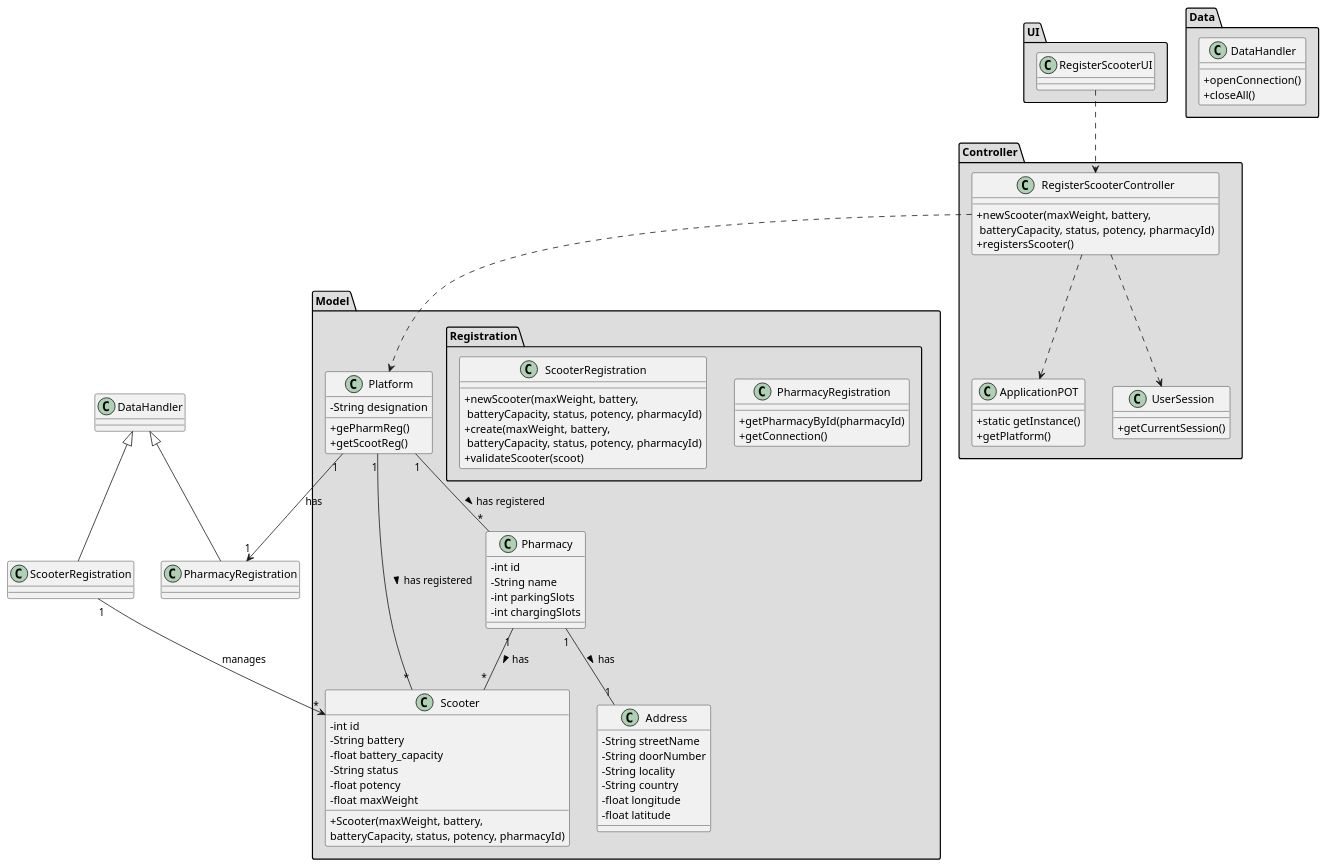
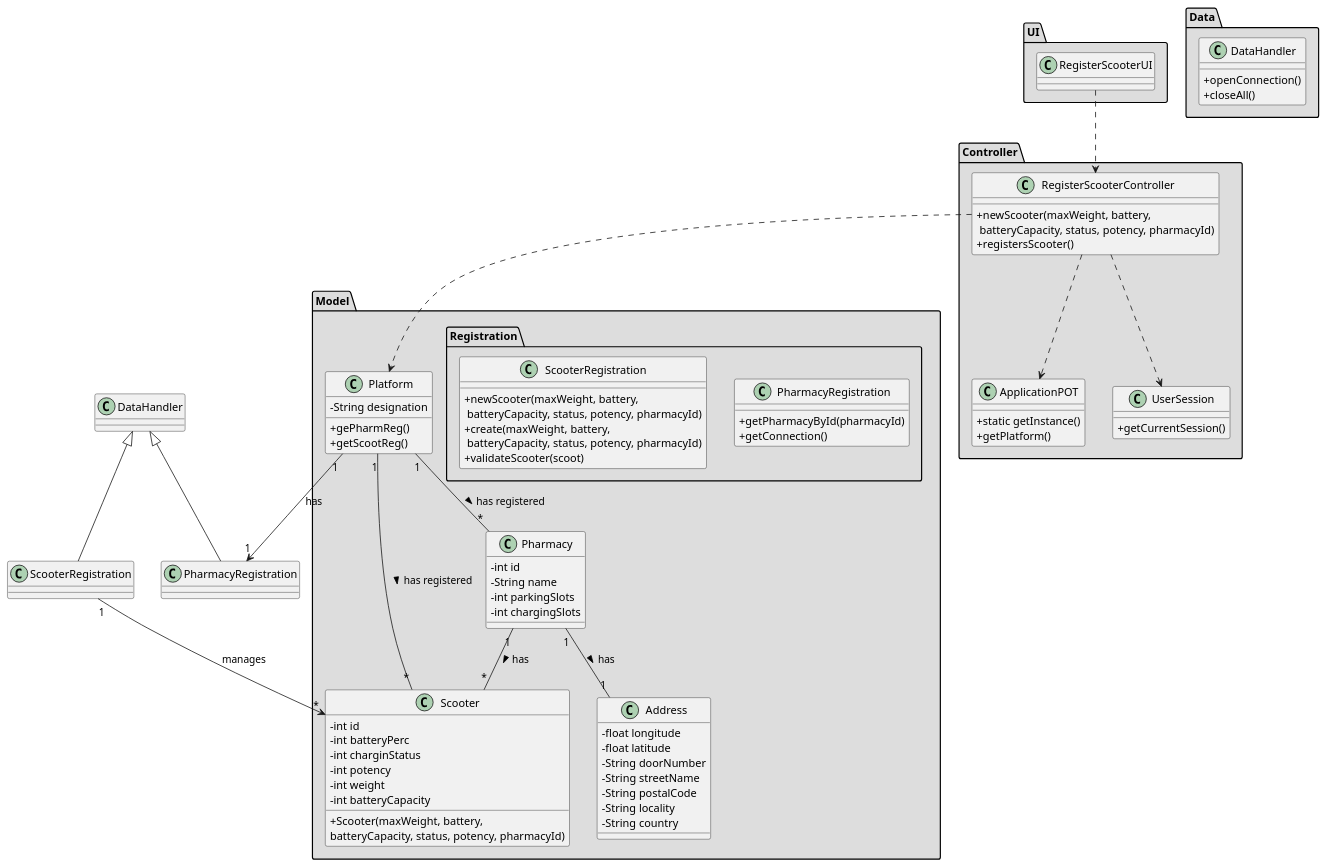
Before and after one commit to tiagoavcosta25/LAPR3: the diagram in docs/Iteration 1/Scooter Management/US21_RegisterScooter/US21_CD.puml, drawn with PlantUML. The commit also changed 3 other files, not shown here.

```diff
--- a/docs/Iteration 1/Scooter Management/US21_RegisterScooter/US21_CD.puml
+++ b/docs/Iteration 1/Scooter Management/US21_RegisterScooter/US21_CD.puml
@@ -1,104 +1,104 @@
 @startuml
 skinparam classAttributeIconSize 0
 
 package "UI" #DDDDDD {
 class RegisterScooterUI{
 
 }
 }
 
 
 package "Controller" #DDDDDD {
 class RegisterScooterController{
 +newScooter(maxWeight, battery,\n batteryCapacity, status, potency, pharmacyId)
 +registersScooter()
 }
 
 class ApplicationPOT
 {
   +static getInstance()
   +getPlatform()
 }
 
 class UserSession
 {
   +getCurrentSession()
 }
 }
 
 
 package "Model" #DDDDDD {
 class Platform {
   -String designation
   +gePharmReg()
   +getScootReg()
 }
 package "Registration" #DDDDDD {
  class PharmacyRegistration{
      +getPharmacyById(pharmacyId)
      +getConnection()
  }
 
  class ScooterRegistration{
       +newScooter(maxWeight, battery,\n batteryCapacity, status, potency, pharmacyId)
       +create(maxWeight, battery,\n batteryCapacity, status, potency, pharmacyId)
       +validateScooter(scoot)
   }
  }
 }
 
 package "Model" #DDDDDD {
 class Scooter{
   -int id
-  -String battery
-  -float battery_capacity
-  -String status
-  -float potency
-  -float maxWeight
+  -int batteryPerc
+  -int charginStatus
+  -int potency
+  -int weight
+  -int batteryCapacity
   +Scooter(maxWeight, battery,\nbatteryCapacity, status, potency, pharmacyId)
-
 }
 
 class Address{
--String streetName
--String doorNumber
--String locality
--String country
--float longitude
--float latitude
+  -float longitude
+  -float latitude
+  -String doorNumber
+  -String streetName
+  -String postalCode
+  -String locality
+  -String country
 }
 
 class Pharmacy {
   -int id
   -String name
   -int parkingSlots
   -int chargingSlots
 }
 
 }
 
 
 package "Data" #DDDDDD {
 class DataHandler{
     +openConnection()
     +closeAll()
 }
 }
 
 class PharmacyRegistration extends DataHandler
 class ScooterRegistration extends DataHandler
 
 RegisterScooterUI ..> RegisterScooterController
 RegisterScooterController ..> Platform
 RegisterScooterController ..> ApplicationPOT
 RegisterScooterController ..> UserSession
 Platform "1" --> "1" PharmacyRegistration : has
 ScooterRegistration "1" --> "*" Scooter : manages
 
 Platform "1" -- "*" Pharmacy : has registered >
 Platform "1" -- "*" Scooter : has registered >
 
 Pharmacy "1" -- "*" Scooter : has >
 Pharmacy "1" -- "1" Address : has >
 
 @enduml
```
